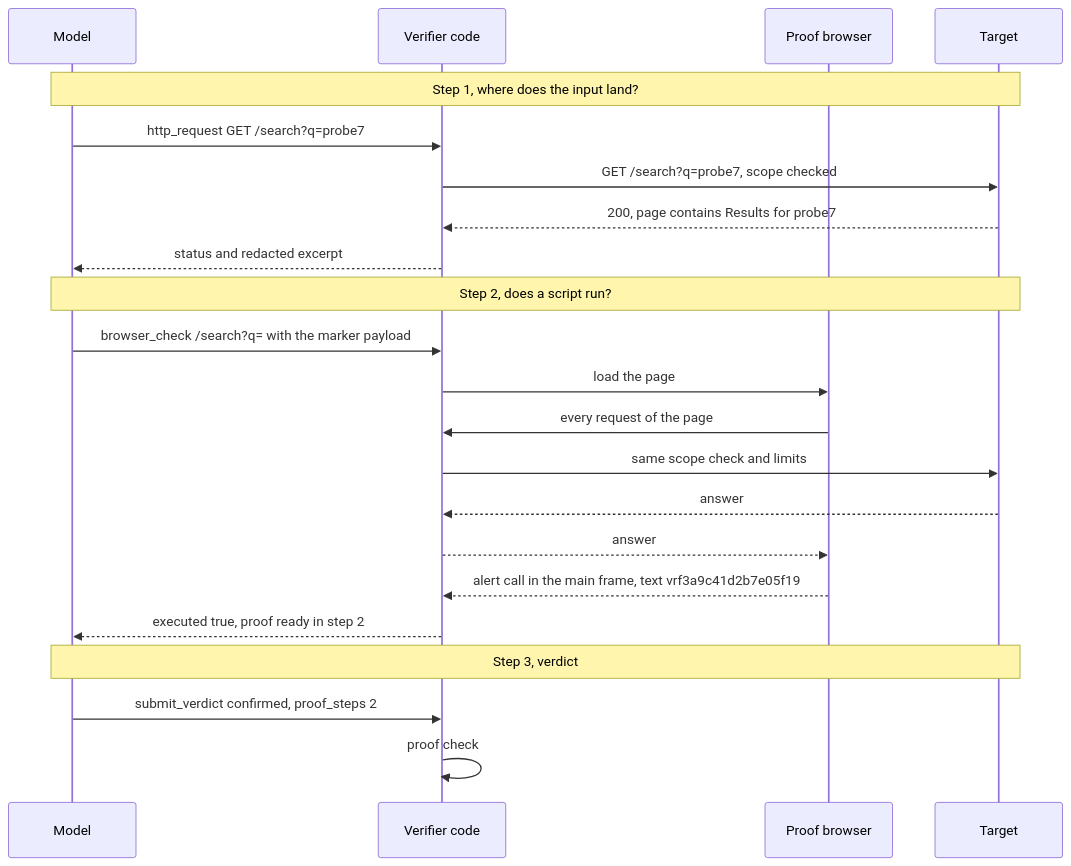
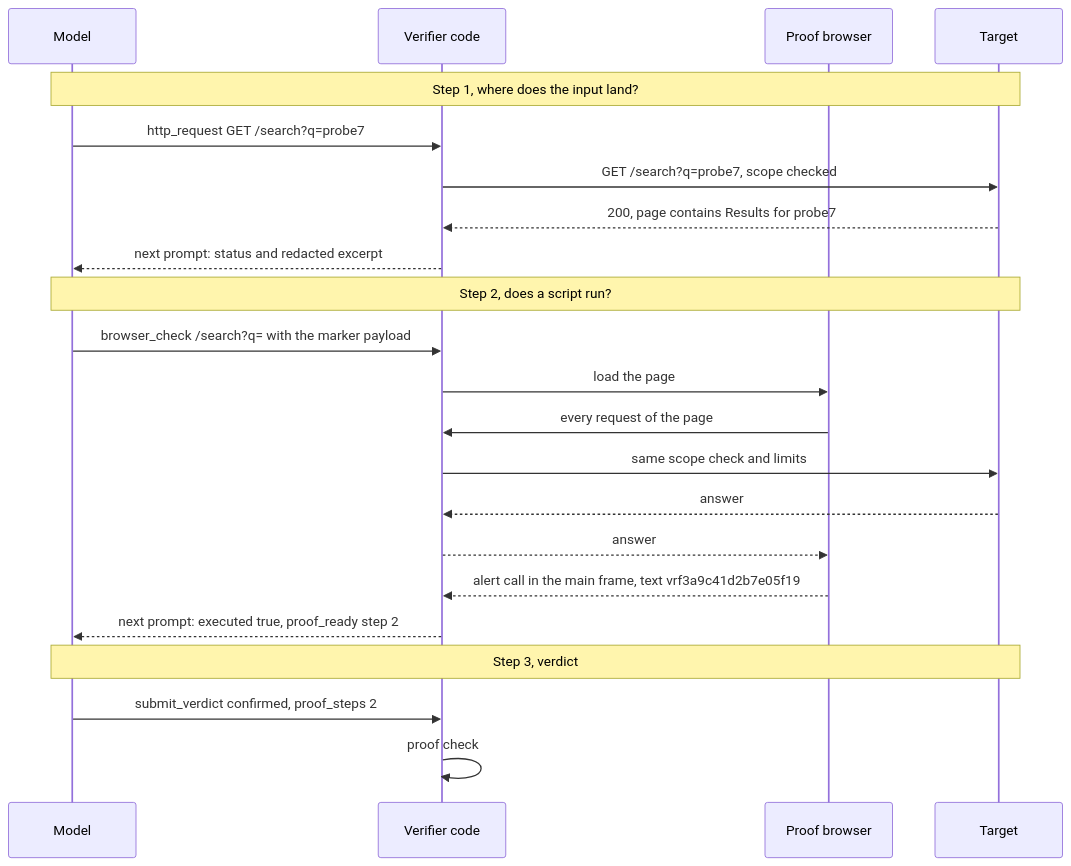
One commit to appsec-foundry/appsec-verifier changed the third of 5 diagrams in docs/how-verification-works.md. Above: the diagram before and after it, drawn with Mermaid. The commit also changed other lines of this file and 2 other files, not shown here.

````diff
--- a/docs/how-verification-works.md
+++ b/docs/how-verification-works.md
@@ -91,24 +178,24 @@
 ```mermaid
 sequenceDiagram
     participant M as Model
     participant V as Verifier code
     participant B as Proof browser
     participant T as Target
     Note over M,T: Step 1, where does the input land?
     M->>V: http_request GET /search?q=probe7
     V->>T: GET /search?q=probe7, scope checked
     T-->>V: 200, page contains Results for probe7
-    V-->>M: status and redacted excerpt
+    V-->>M: next prompt: status and redacted excerpt
     Note over M,T: Step 2, does a script run?
     M->>V: browser_check /search?q= with the marker payload
     V->>B: load the page
     B->>V: every request of the page
     V->>T: same scope check and limits
     T-->>V: answer
     V-->>B: answer
     B-->>V: alert call in the main frame, text vrf3a9c41d2b7e05f19
-    V-->>M: executed true, proof ready in step 2
+    V-->>M: next prompt: executed true, proof_ready step 2
     Note over M,T: Step 3, verdict
     M->>V: submit_verdict confirmed, proof_steps 2
     V->>V: proof check
 ```
````
